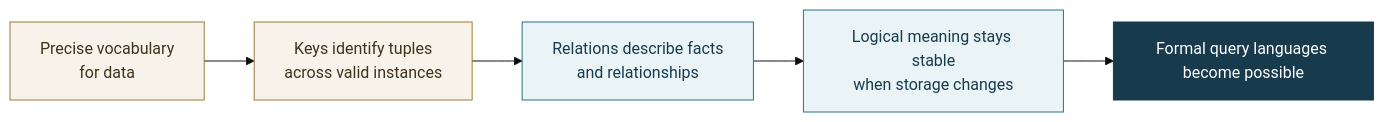
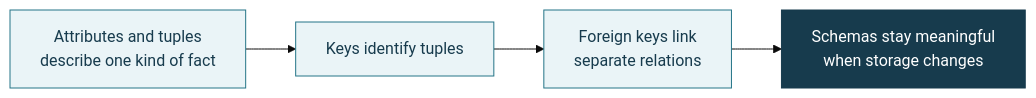
One commit to JacobDowns/CSCI340 changed the second of 2 diagrams in lectures/week-02-from-tables-to-relations.qmd. Above: the diagram before and after it, drawn with Mermaid (base theme). The commit also changed other lines of this file, not shown here.

````diff
--- a/lectures/week-02-from-tables-to-relations.qmd
+++ b/lectures/week-02-from-tables-to-relations.qmd
@@ -289,14 +241,11 @@
 ```{mermaid}
 flowchart LR
-    A["Precise vocabulary<br/>for data"] --> B["Keys identify tuples<br/>across valid instances"]
-    B --> C["Relations describe facts<br/>and relationships"]
-    C --> D["Logical meaning stays stable<br/>when storage changes"]
-    D --> E["Formal query languages become possible"]
+    A["Attributes and tuples<br/>describe one kind of fact"] --> B["Keys identify tuples"]
+    B --> C["Foreign keys link<br/>separate relations"]
+    C --> D["Schemas stay meaningful<br/>when storage changes"]
 
-    classDef problem fill:#f7f3ea,stroke:#9b7b36,color:#3f321c;
     classDef idea fill:#eaf4f7,stroke:#247487,color:#173b4d;
     classDef outcome fill:#173b4d,stroke:#173b4d,color:#ffffff;
-    class A,B problem;
-    class C,D idea;
-    class E outcome;
+    class A,B,C idea;
+    class D outcome;
 ```
````
